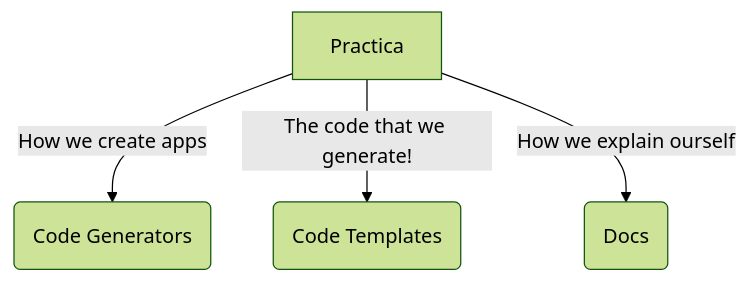
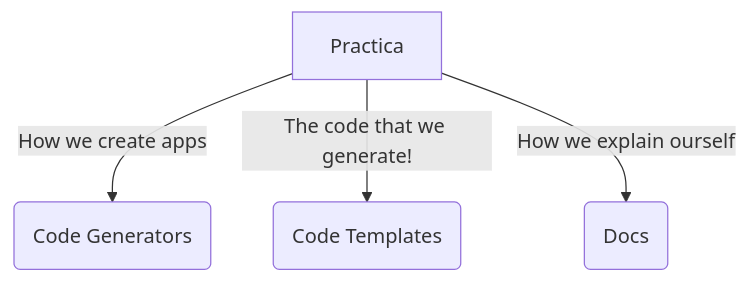
Before and after one commit to marcosmol204/practica: the first of 4 diagrams in CONTRIBUTING.md, drawn with Mermaid.

````diff
--- a/CONTRIBUTING.md
+++ b/CONTRIBUTING.md
@@ -60,9 +60,9 @@
 ```mermaid
-%%{init: {'theme': 'forest','darkMode':'true', 'themeVariables': { 'primaryColor': '#ff0000', 'fontWeight': 'bold', 'fontFamily': 'comfortaa, Roboto'}}}%%
+%%{init: {'theme': 'forest', 'themeVariables': { darkMode':'true', 'lineColor': '#2d572c', 'fontWeight': 'bold', 'fontFamily': 'comfortaa, Roboto'}}}%%
 graph
       A[Practica] -->|How we create apps| B(Code Generators)
       A -->|The code that we generate!| C(Code Templates)
       A -->|How we explain ourself| D(Docs)
 
 
 ```
````
